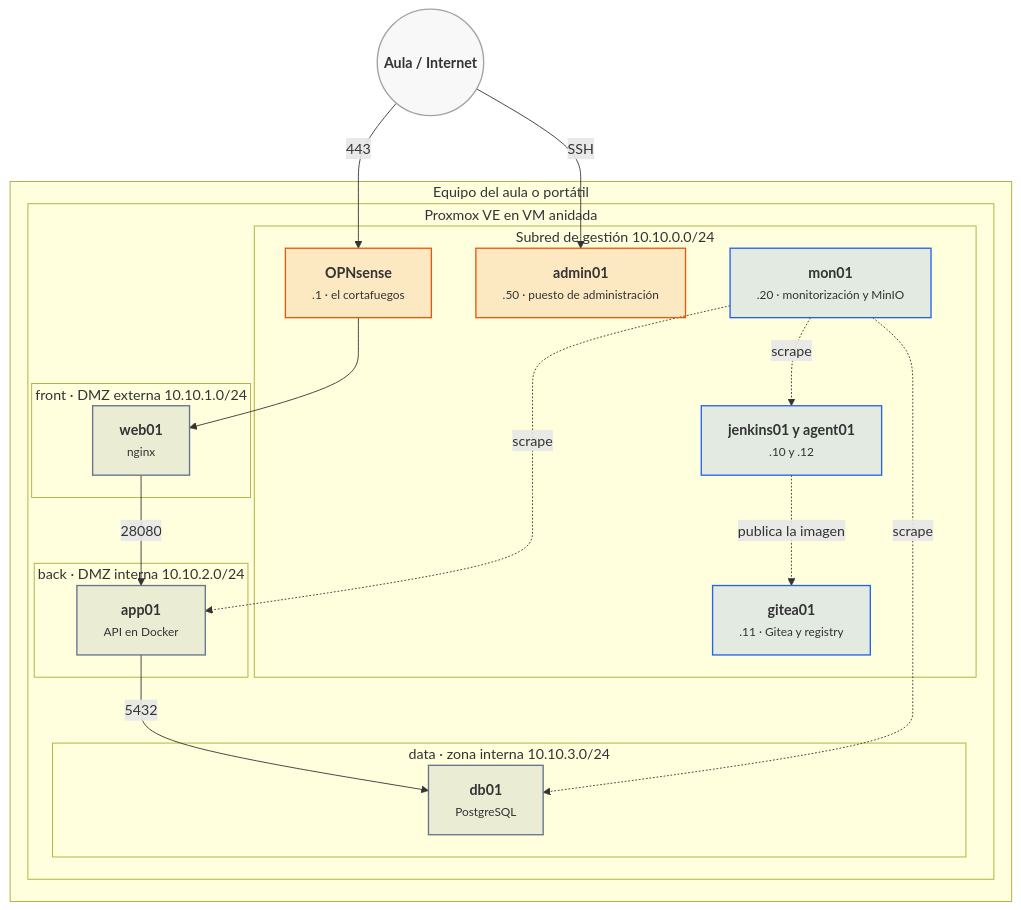
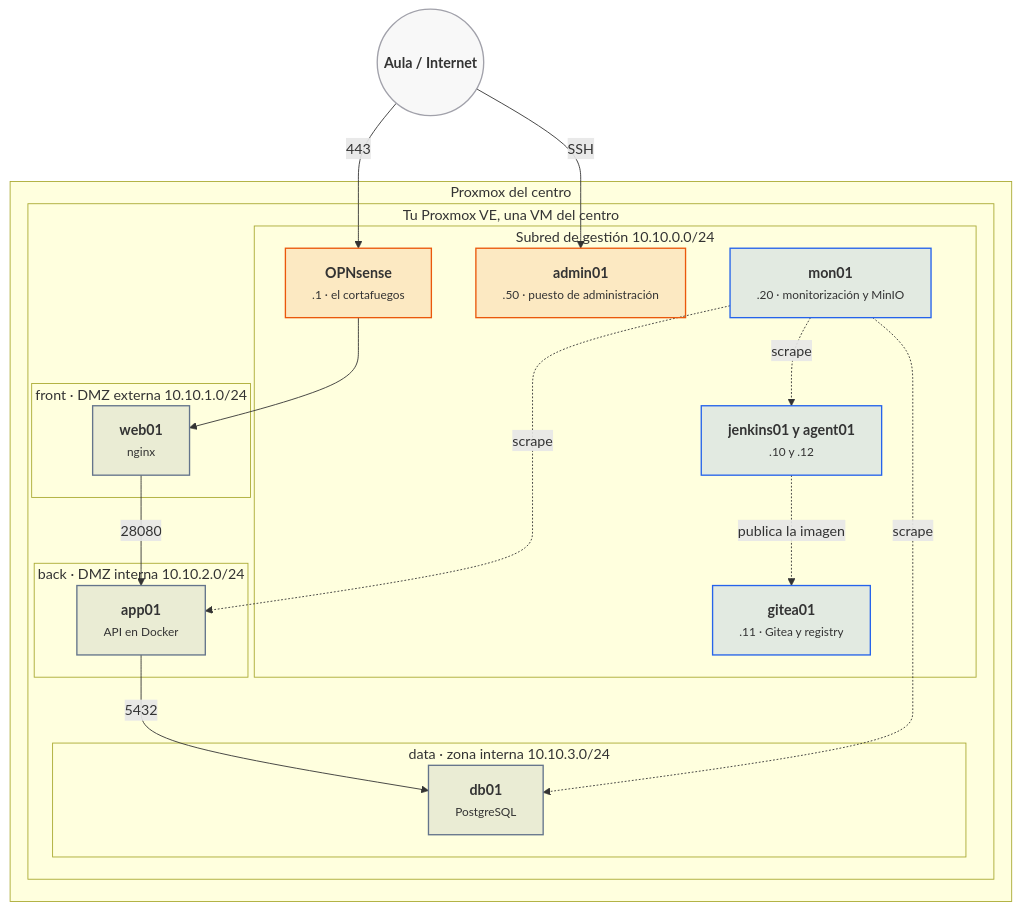
One commit to victor-educ/apuntes-5166 changed the diagram in docs/laboratorio.md. Above: the diagram before and after it, drawn with Mermaid. The commit also changed other lines of this file and 12 other files, not shown here.

First line of the commit message:
Prácticas en el Proxmox del centro y por la interfaz web

````diff
--- a/docs/laboratorio.md
+++ b/docs/laboratorio.md
@@ -7,36 +7,36 @@
 ```mermaid
 flowchart TB
-    subgraph host["Equipo del aula o portátil"]
-        subgraph pve["Proxmox VE en VM anidada"]
+    subgraph host["Proxmox del centro"]
+        subgraph pve["Tu Proxmox VE, una VM del centro"]
             subgraph mgmt["Subred de gestión 10.10.0.0/24"]
                 fw["<b>OPNsense</b><br><small>.1 · el cortafuegos</small>"]:::act
                 adm["<b>admin01</b><br><small>.50 · puesto de administración</small>"]:::act
                 jenkins["<b>jenkins01 y agent01</b><br><small>.10 y .12</small>"]:::dato
                 mon["<b>mon01</b><br><small>.20 · monitorización y MinIO</small>"]:::dato
                 git["<b>gitea01</b><br><small>.11 · Gitea y registry</small>"]:::dato
             end
             subgraph front["front · DMZ externa 10.10.1.0/24"]
                 web["<b>web01</b><br><small>nginx</small>"]:::pieza
             end
             subgraph back["back · DMZ interna 10.10.2.0/24"]
                 app["<b>app01</b><br><small>API en Docker</small>"]:::pieza
             end
             subgraph data["data · zona interna 10.10.3.0/24"]
                 db["<b>db01</b><br><small>PostgreSQL</small>"]:::pieza
             end
         end
     end
     Internet(("<b>Aula / Internet</b>")):::infra -->|443| fw
     Internet -->|SSH| adm
     fw --> web
     web -->|28080| app
     app -->|5432| db
     jenkins -.->|publica la imagen| git
     mon -.->|scrape| app & db & jenkins
     classDef act fill:#ea580c22,stroke:#ea580c,stroke-width:1.5px
     classDef pieza fill:#64748b22,stroke:#64748b,stroke-width:1.5px
     classDef dato fill:#2563eb22,stroke:#2563eb,stroke-width:1.5px
     classDef infra fill:#a1a1aa14,stroke:#a1a1aa,stroke-width:1.5px
     classDef ok fill:#16a34a22,stroke:#16a34a,stroke-width:1.5px
     classDef riesgo fill:#dc262622,stroke:#dc2626,stroke-width:1.5px
 ```
````
